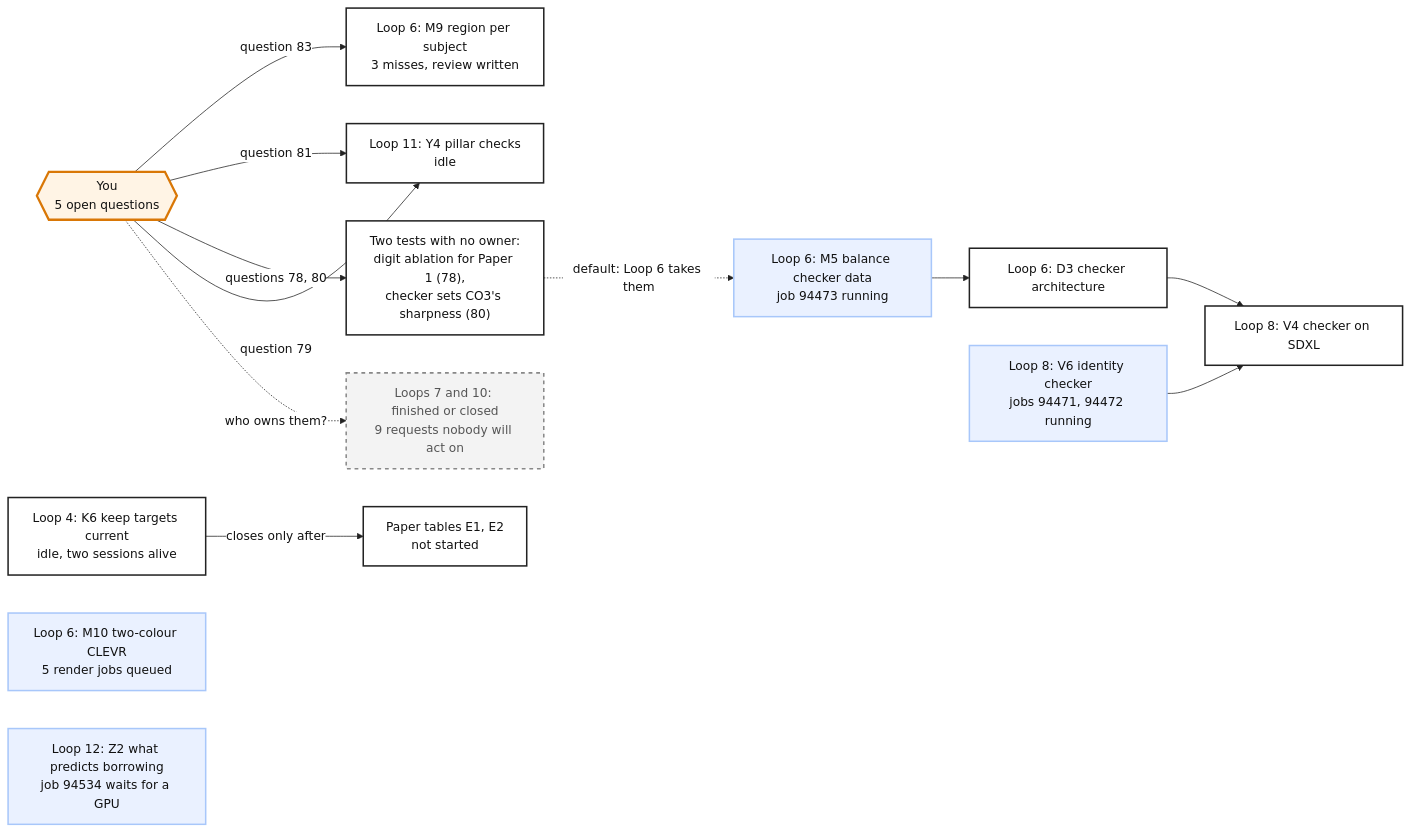
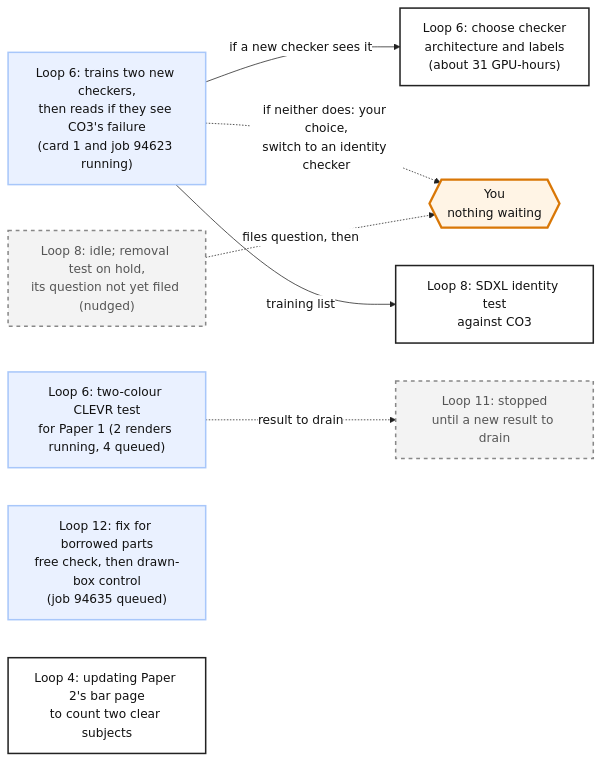
One commit to mo-rsa24/concept-composition changed the diagram in artifacts/notes/progress/manager/loops-and-blockers.mmd. Above: the diagram before and after it, drawn with Mermaid. The commit also changed 2 other files, not shown here.

Commit message:
Manager: sessions checked (none closable), Loop 8 nudged to file its question, loops picture redrawn

```diff
--- a/artifacts/notes/progress/manager/loops-and-blockers.mmd
+++ b/artifacts/notes/progress/manager/loops-and-blockers.mmd
@@ -1,32 +1,22 @@
 %%{init: {'theme': 'base', 'themeVariables': {'fontFamily': 'monospace', 'primaryColor': '#ffffff', 'primaryBorderColor': '#222222', 'primaryTextColor': '#111111', 'lineColor': '#222222'}}}%%
 flowchart LR
-  %% Blue boxes have a cluster job running or queued; orange is you; dashed grey is stranded work
   classDef plain fill:#ffffff,stroke:#222222,stroke-width:2px,color:#111111
   classDef you fill:#fff4e5,stroke:#d97706,stroke-width:3px,color:#111111
   classDef run fill:#eaf1ff,stroke:#a8c7fa,stroke-width:2px,color:#111111
   classDef stuck fill:#f3f3f3,stroke:#888888,stroke-width:2px,color:#555555,stroke-dasharray: 5 5
 
-  OWNER{{"You<br/>5 open questions"}}:::you
+  OWNER{{"You<br/>nothing waiting"}}:::you
+  L6R["Loop 6: trains two new checkers,<br/>then reads if they see CO3's failure<br/>(card 1 and job 94623 running)"]:::run
+  L6N["Loop 6: choose checker<br/>architecture and labels<br/>(about 31 GPU-hours)"]:::plain
+  L6C["Loop 6: two-colour CLEVR test<br/>for Paper 1 (2 renders running, 4 queued)"]:::run
+  L8["Loop 8: idle; removal test on hold,<br/>its question not yet filed (nudged)"]:::stuck
+  V4["Loop 8: SDXL identity test<br/>against CO3"]:::plain
+  L12["Loop 12: fix for borrowed parts<br/>free check, then drawn-box control<br/>(job 94635 queued)"]:::run
+  L11["Loop 11: stopped<br/>until a new result to drain"]:::stuck
+  L4["Loop 4: updating Paper 2's bar page<br/>to count two clear subjects"]:::plain
 
-  L4["Loop 4: K6 keep targets current<br/>idle, two sessions alive"]:::plain
-  L6a["Loop 6: M5 balance checker data<br/>job 94473 running"]:::run
-  L6b["Loop 6: M9 region per subject<br/>3 misses, review written"]:::plain
-  L6c["Loop 6: M10 two-colour CLEVR<br/>5 render jobs queued"]:::run
-  D3["Loop 6: D3 checker architecture"]:::plain
-  L8["Loop 8: V6 identity checker<br/>jobs 94471, 94472 running"]:::run
-  V4["Loop 8: V4 checker on SDXL"]:::plain
-  L11["Loop 11: Y4 pillar checks<br/>idle"]:::plain
-  L12["Loop 12: Z2 what predicts borrowing<br/>job 94534 waits for a GPU"]:::run
-  E12["Paper tables E1, E2<br/>not started"]:::plain
-  OLD["Loops 7 and 10: finished or closed<br/>9 requests nobody will act on"]:::stuck
-
-  OWNER -- "question 83" --> L6b
-  OWNER -- "question 81" --> L11
-  NEW["Two tests with no owner:<br/>digit ablation for Paper 1 (78),<br/>checker sets CO3's sharpness (80)"]:::plain
-  OWNER -- "questions 78, 80" --> NEW
-  NEW -. "default: Loop 6 takes them" .-> L6a
-  OWNER -- "question 79" --> L11
-  OWNER -. "who owns them?" .-> OLD
-  L6a --> D3 --> V4
-  L8 --> V4
-  L4 -- "closes only after" --> E12
+  L6R -- "if a new checker sees it" --> L6N
+  L6R -. "if neither does: your choice,<br/>switch to an identity checker" .-> OWNER
+  L6R -- "training list" --> V4
+  L8 -. "files question, then" .-> OWNER
+  L6C -. "result to drain" .-> L11
```
